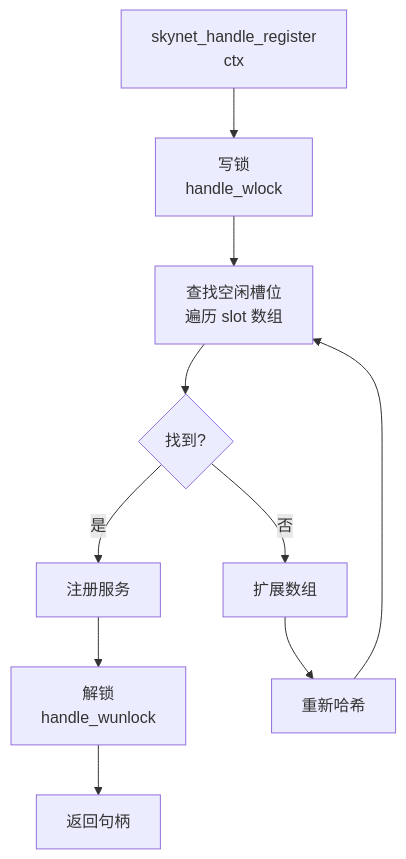
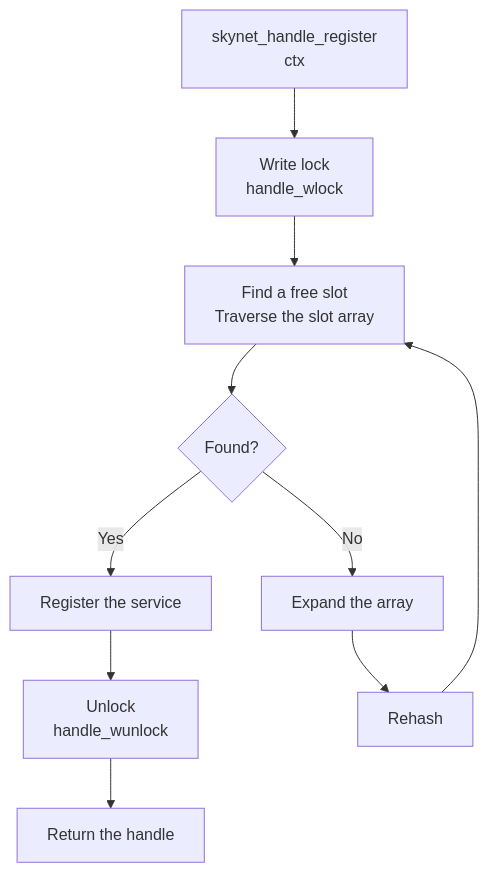
The second of 6 diagrams in docs/analysis/skynet-handle.md (cuihairu/skynet), drawn with Mermaid before and after one commit. The commit also changed other lines of this file and 86 other files, not shown here.

````diff
--- a/docs/analysis/skynet-handle.md
+++ b/docs/analysis/skynet-handle.md
@@ -186,15 +186,15 @@
 ```mermaid
 graph TB
-    Start[skynet_handle_register<br/>ctx] --> A[写锁<br/>handle_wlock]
-    A --> B[查找空闲槽位<br/>遍历 slot 数组]
-    B --> C{找到?}
+    Start[skynet_handle_register<br/>ctx] --> A[Write lock<br/>handle_wlock]
+    A --> B[Find a free slot<br/>Traverse the slot array]
+    B --> C{Found?}
     
-    C -->|是| D[注册服务]
-    C -->|否| E[扩展数组]
+    C -->|Yes| D[Register the service]
+    C -->|No| E[Expand the array]
     
-    D --> F[解锁<br/>handle_wunlock]
-    E --> G[重新哈希]
+    D --> F[Unlock<br/>handle_wunlock]
+    E --> G[Rehash]
     G --> B
     
-    F --> H[返回句柄]
+    F --> H[Return the handle]
 ```
````
